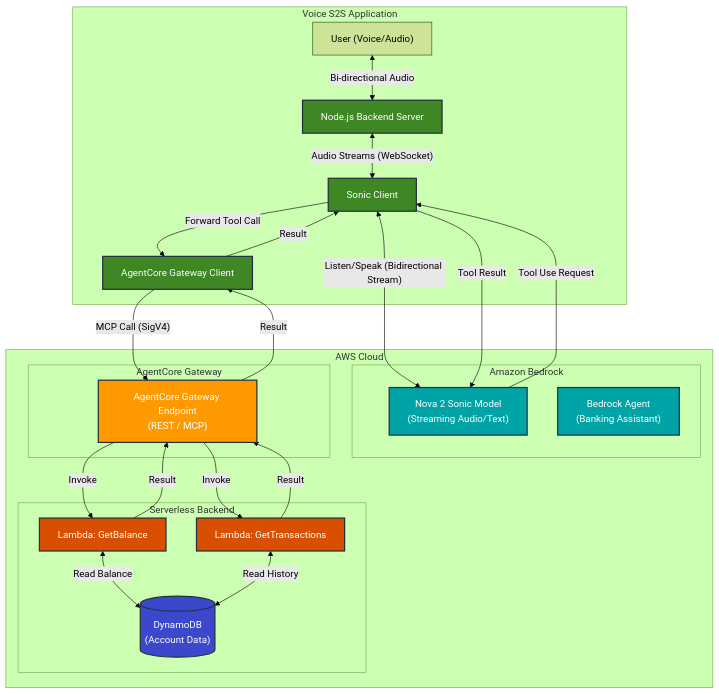
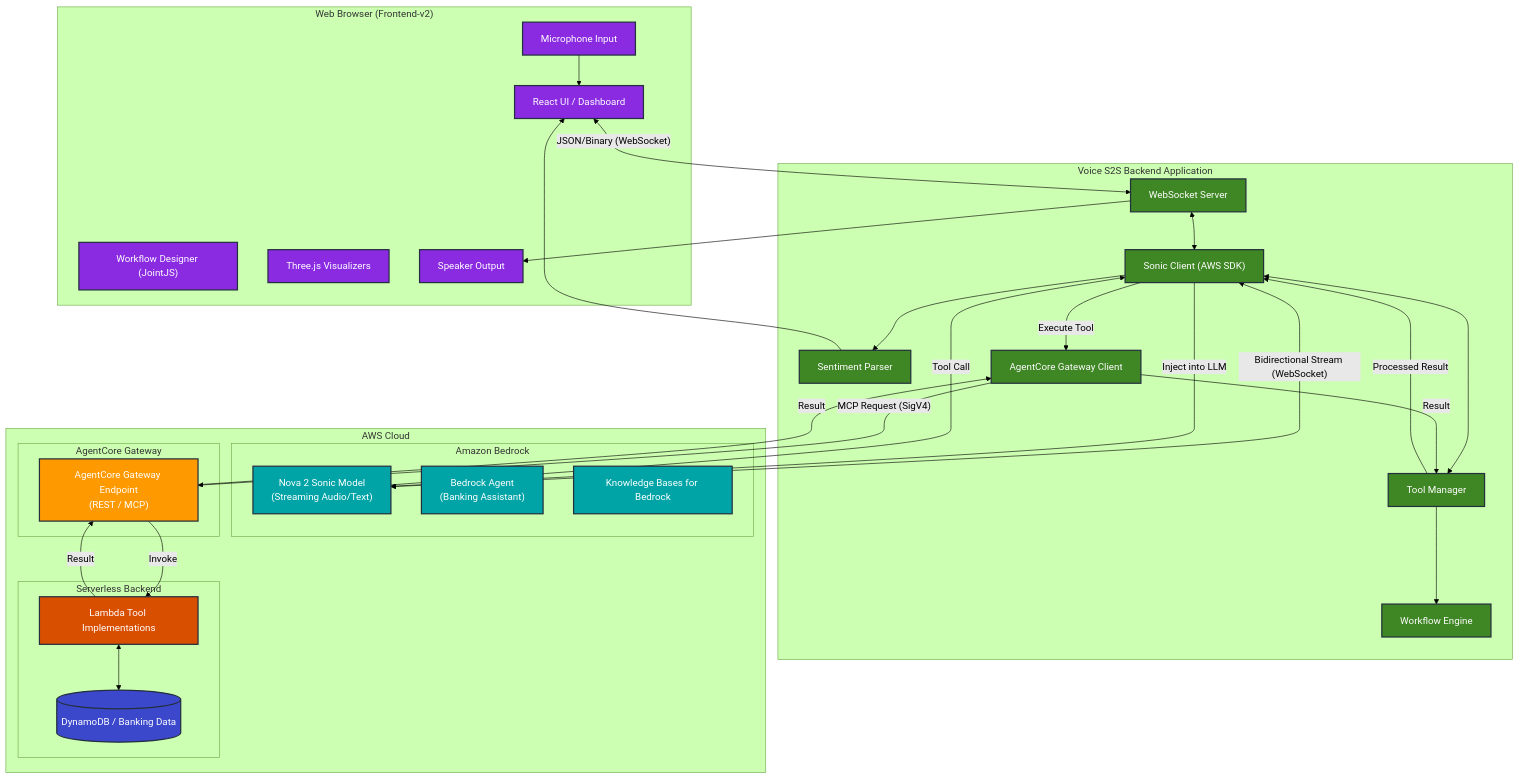
One commit to Ready2k/NovaDemos changed the diagram in docs/architecture.md. Above: the diagram before and after it, drawn with Mermaid (forest theme). The commit also changed other lines of this file and 29 other files, not shown here.

````diff
--- a/docs/architecture.md
+++ b/docs/architecture.md
@@ -12,12 +12,24 @@
     classDef bedrock fill:#00A4A6,stroke:#232F3E,color:white,stroke-width:2px;
     classDef compute fill:#D94F00,stroke:#232F3E,color:white,stroke-width:2px;
     classDef database fill:#3B48CC,stroke:#232F3E,color:white,stroke-width:2px;
+    classDef ui fill:#8A2BE2,stroke:#232F3E,color:white,stroke-width:2px;
 
-    %% Client / On-Premise
-    subgraph Client_App ["Voice S2S Application"]
-        User["User (Voice/Audio)"]
-        Backend["Node.js Backend Server"]:::client
-        SonicClient["Sonic Client"]:::client
+    %% Client Side (Browser)
+    subgraph Browser ["Web Browser (Frontend-v2)"]
+        UI["React UI / Dashboard"]:::ui
+        WorkflowDesigner["Workflow Designer (JointJS)"]:::ui
+        Visualizers["Three.js Visualizers"]:::ui
+        Mic["Microphone Input"]:::ui
+        Speakers["Speaker Output"]:::ui
+    end
+
+    %% Client / Server (Node.js)
+    subgraph Client_App ["Voice S2S Backend Application"]
+        WSServer["WebSocket Server"]:::client
+        SonicClient["Sonic Client (AWS SDK)"]:::client
+        ToolManager["Tool Manager"]:::client
+        WorkflowEngine["Workflow Engine"]:::client
+        SentimentParser["Sentiment Parser"]:::client
         GatewayClient["AgentCore Gateway Client"]:::client
     end
 
@@ -28,6 +40,7 @@
         subgraph Bedrock ["Amazon Bedrock"]
             NovaSonic["Nova 2 Sonic Model\n(Streaming Audio/Text)"]:::bedrock
             BedrockAgent["Bedrock Agent\n(Banking Assistant)"]:::bedrock
+            BedrockKB["Knowledge Bases for Bedrock"]:::bedrock
         end
 
         %% AgentCore Gateway (Bridge)
@@ -37,37 +50,40 @@
 
         %% Serverless Backend
         subgraph Serverless ["Serverless Backend"]
-            LambdaBalance["Lambda: GetBalance"]:::compute
-            LambdaHistory["Lambda: GetTransactions"]:::compute
-            DynamoDB[("DynamoDB\n(Account Data)")]:::database
+            LambdaTools["Lambda Tool Implementations"]:::compute
+            DynamoDB[("DynamoDB / Banking Data")]:::database
         end
 
     end
 
     %% Connections
-    User <-->|"Bi-directional Audio"| Backend
-    Backend <-->|"Audio Streams (WebSocket)"| SonicClient
+    Mic --> UI
+    UI <-->|"JSON/Binary (WebSocket)"| WSServer
+    WSServer --> Speakers
+    
+    %% Internal Backend Flow
+    WSServer <--> SonicClient
+    SonicClient <--> ToolManager
+    ToolManager --> WorkflowEngine
+    SonicClient --> SentimentParser
+    SentimentParser --> UI
     
     %% Nova Sonic Flow
-    SonicClient <-->|"Listen/Speak (Bidirectional Stream)"| NovaSonic
+    SonicClient <-->|"Bidirectional Stream (WebSocket)"| NovaSonic
     
     %% Tool Use Flow
-    NovaSonic --"Tool Use Request"--> SonicClient
-    SonicClient --"Forward Tool Call"--> GatewayClient
-    GatewayClient --"MCP Call (SigV4)"--> CoreGateway
+    NovaSonic --"Tool Call"--> SonicClient
+    SonicClient --"Execute Tool"--> GatewayClient
+    GatewayClient --"MCP Request (SigV4)"--> CoreGateway
     
     %% Gateway to Lambda
-    CoreGateway -->|"Invoke"| LambdaBalance
-    CoreGateway -->|"Invoke"| LambdaHistory
-    
-    %% Lambda to Data
-    LambdaBalance <-->|"Read Balance"| DynamoDB
-    LambdaHistory <-->|"Read History"| DynamoDB
+    CoreGateway -->|"Invoke"| LambdaTools
+    LambdaTools <--> DynamoDB
 
-    %% Returns
-    LambdaBalance --"Result"--> CoreGateway
-    LambdaHistory --"Result"--> CoreGateway
+    %% Feedback Loop
+    LambdaTools --"Result"--> CoreGateway
     CoreGateway --"Result"--> GatewayClient
-    GatewayClient --"Result"--> SonicClient
-    SonicClient --"Tool Result"--> NovaSonic
+    GatewayClient --"Result"--> ToolManager
+    ToolManager --"Processed Result"--> SonicClient
+    SonicClient --"Inject into LLM"--> NovaSonic
 ```
````
